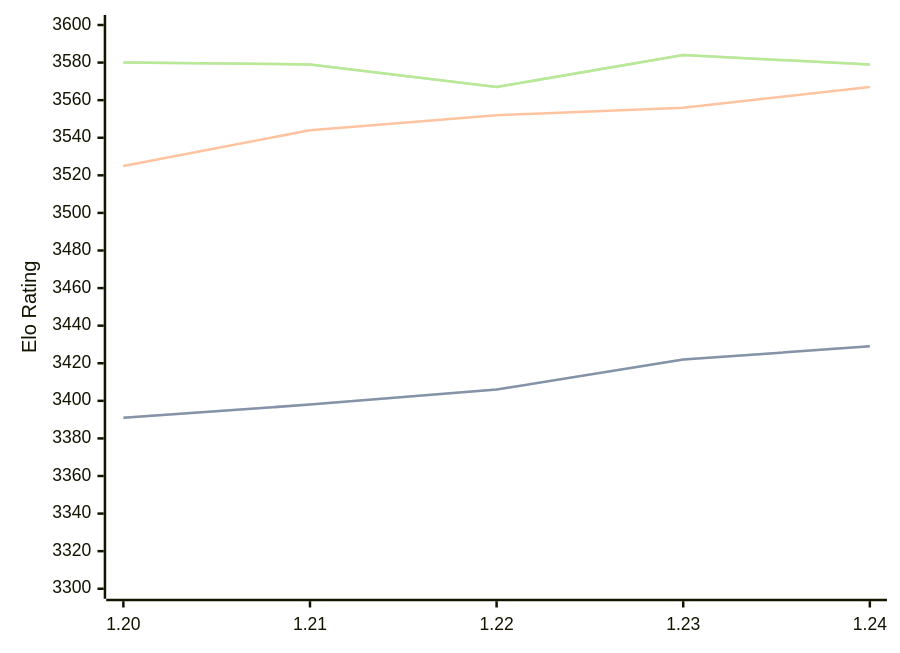
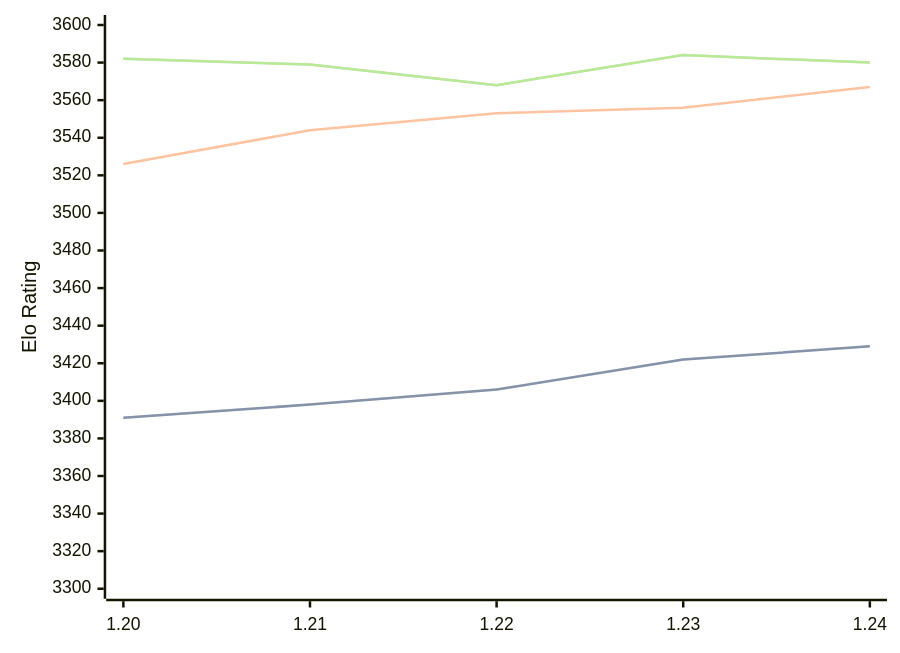
Before and after one commit to computer-chess-index/cci: the diagram in engines/Caissa.md, drawn with Mermaid. The commit also changed other lines of this file, not shown here.

Commit message:
Update CCI Ratings (ELO VLTC) - 2026-02-19

````diff
--- a/engines/Caissa.md
+++ b/engines/Caissa.md
@@ -61,11 +61,11 @@
 ```mermaid
 %%{init: {"theme":"base","themeVariables":{"seriesColors:['#a3a3a3','#222221','#faa371']}}}%%
 xychart-beta
   x-axis ["1.20", "1.21", "1.22", "1.23", "1.24"]
   y-axis "Elo Rating" 3300 --> 3600
   line "STC (8.0+0.08s)" [3391, 3398, 3406, 3422, 3429]
   line "STC (8.0+0.08s)" [3391, 3398, 3406, 3422, 3429]
-  line "LTC (60.0+0.60s)" [3525, 3544, 3552, 3556, 3567]
-  line "VLTC (2m24s+1.12s)" [3580, 3579, 3567, 3584, 3579]
-  line "VLTC (2m24s+1.12s)" [3580, 3579, 3567, 3584, 3579]
+  line "LTC (60.0+0.60s)" [3526, 3544, 3553, 3556, 3567]
+  line "VLTC (2m24s+1.12s)" [3582, 3579, 3568, 3584, 3580]
+  line "VLTC (2m24s+1.12s)" [3582, 3579, 3568, 3584, 3580]
 ```
````
